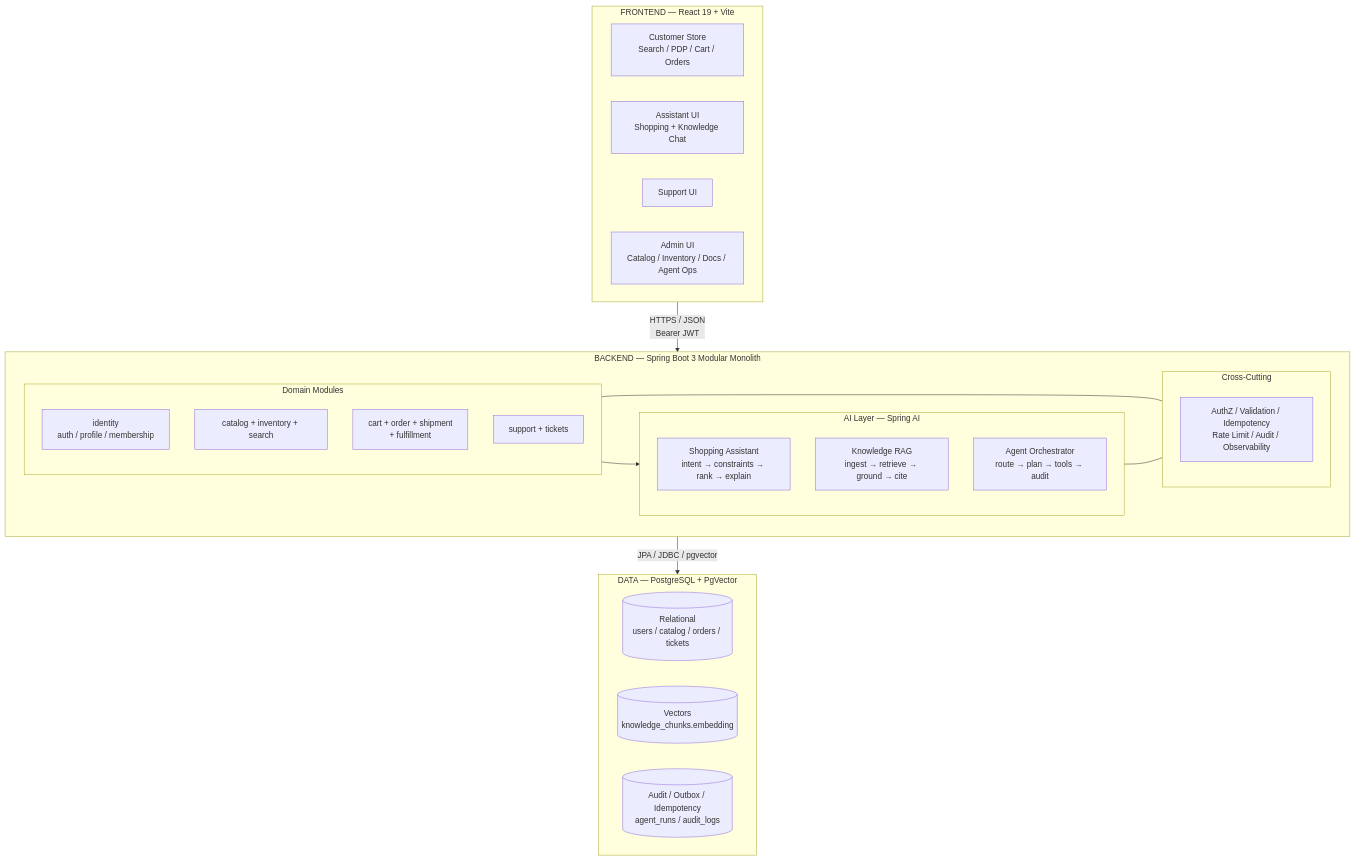
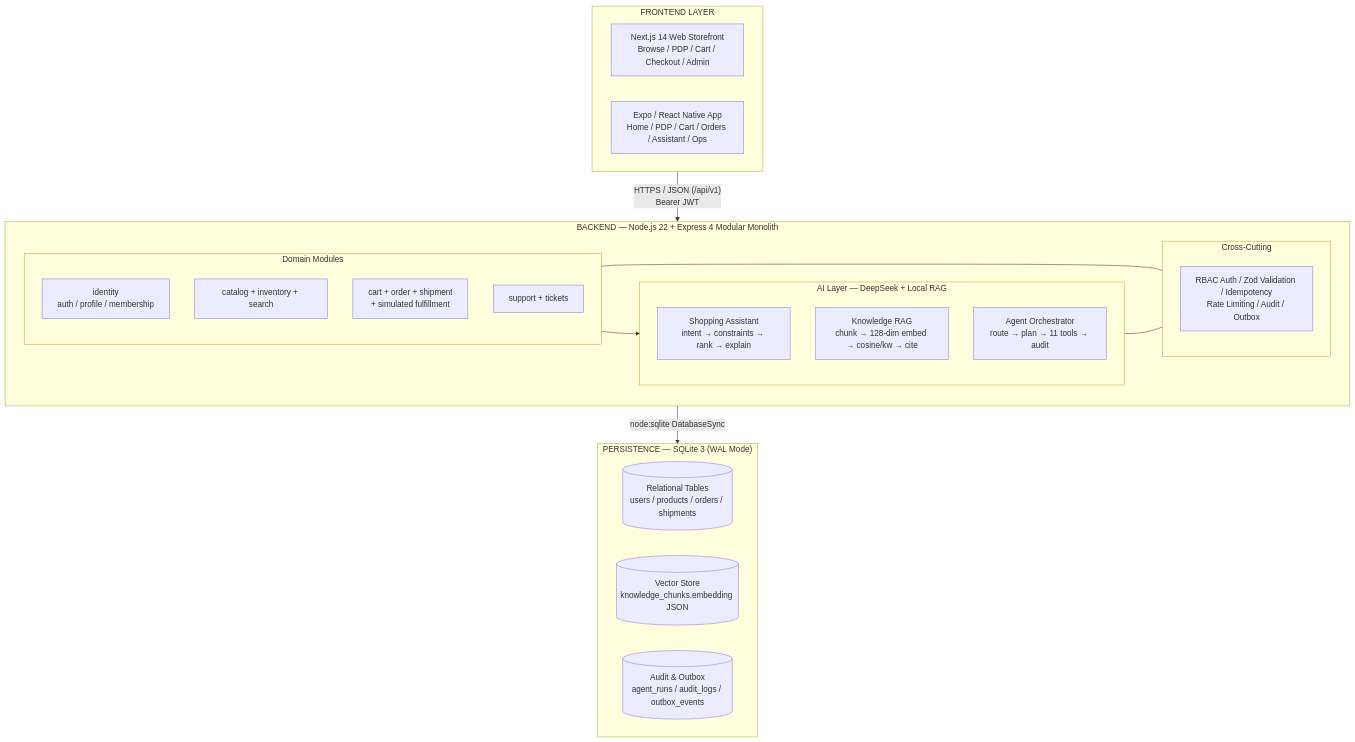
Before and after one commit to NJ555/Shop_smart_ai: the first of 15 diagrams in architecture.md, drawn with Mermaid. The commit also changed other lines of this file and 143 other files, not shown here.

Commit message:
feat: complete ShopSmart AI full-stack platform (backend, web, mobile, AI agents, docs)

````diff
--- a/architecture.md
+++ b/architecture.md
@@ -114,38 +115,36 @@
 ```mermaid
 flowchart TB
-    subgraph FE["FRONTEND — React 19 + Vite"]
-        CS[Customer Store<br/>Search / PDP / Cart / Orders]
-        AS[Assistant UI<br/>Shopping + Knowledge Chat]
-        SU[Support UI]
-        AD[Admin UI<br/>Catalog / Inventory / Docs / Agent Ops]
+    subgraph FE["FRONTEND LAYER"]
+        WEB["Next.js 14 Web Storefront<br/>Browse / PDP / Cart / Checkout / Admin"]
+        APP["Expo / React Native App<br/>Home / PDP / Cart / Orders / Assistant / Ops"]
     end
 
-    subgraph BE["BACKEND — Spring Boot 3 Modular Monolith"]
+    subgraph BE["BACKEND — Node.js 22 + Express 4 Modular Monolith"]
         subgraph CORE["Domain Modules"]
             ID[identity<br/>auth / profile / membership]
             CAT[catalog + inventory + search]
-            ORD[cart + order + shipment<br/>+ fulfillment]
+            ORD[cart + order + shipment<br/>+ simulated fulfillment]
             SUP[support + tickets]
         end
-        subgraph AI["AI Layer — Spring AI"]
+        subgraph AI["AI Layer — DeepSeek + Local RAG"]
             SHOP[Shopping Assistant<br/>intent → constraints → rank → explain]
-            RAG[Knowledge RAG<br/>ingest → retrieve → ground → cite]
-            AGENT[Agent Orchestrator<br/>route → plan → tools → audit]
+            RAG[Knowledge RAG<br/>chunk → 128-dim embed → cosine/kw → cite]
+            AGENT[Agent Orchestrator<br/>route → plan → 11 tools → audit]
         end
         subgraph CROSS["Cross-Cutting"]
-            AUTHZ[AuthZ / Validation / Idempotency<br/>Rate Limit / Audit / Observability]
+            AUTHZ[RBAC Auth / Zod Validation / Idempotency<br/>Rate Limiting / Audit / Outbox]
         end
         CORE --> AI
         CORE --- CROSS
         AI --- CROSS
     end
 
-    subgraph DATA["DATA — PostgreSQL + PgVector"]
-        REL[(Relational<br/>users / catalog / orders / tickets)]
-        VEC[(Vectors<br/>knowledge_chunks.embedding)]
-        OPS[(Audit / Outbox / Idempotency<br/>agent_runs / audit_logs)]
+    subgraph DATA["PERSISTENCE — SQLite 3 (WAL Mode)"]
+        REL[(Relational Tables<br/>users / products / orders / shipments)]
+        VEC[(Vector Store<br/>knowledge_chunks.embedding JSON)]
+        OPS[(Audit & Outbox<br/>agent_runs / audit_logs / outbox_events)]
     end
 
-    FE -- HTTPS / JSON<br/>Bearer JWT --> BE
-    BE -- JPA / JDBC / pgvector --> DATA
+    FE -- HTTPS / JSON (/api/v1)<br/>Bearer JWT --> BE
+    BE -- node:sqlite DatabaseSync --> DATA
 ```
````
